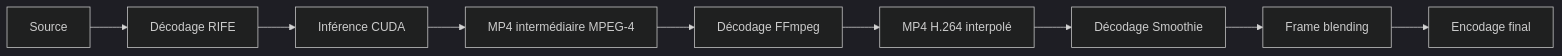
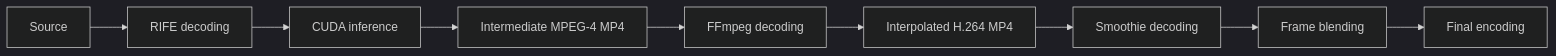
The diagram in docs/AUDIT-QUALITE-PERFORMANCES.md (cia213/cia-app), drawn with Mermaid (dark theme) before and after one commit. The commit also changed other lines of this file and 30 other files, not shown here.

````diff
--- a/docs/AUDIT-QUALITE-PERFORMANCES.md
+++ b/docs/AUDIT-QUALITE-PERFORMANCES.md
@@ -208,11 +208,11 @@
 ```mermaid
 flowchart LR
-    A[Source] --> B[Décodage RIFE]
-    B --> C[Inférence CUDA]
-    C --> D[MP4 intermédiaire MPEG-4]
-    D --> E[Décodage FFmpeg]
-    E --> F[MP4 H.264 interpolé]
-    F --> G[Décodage Smoothie]
+    A[Source] --> B[RIFE decoding]
+    B --> C[CUDA inference]
+    C --> D[Intermediate MPEG-4 MP4]
+    D --> E[FFmpeg decoding]
+    E --> F[Interpolated H.264 MP4]
+    F --> G[Smoothie decoding]
     G --> H[Frame blending]
-    H --> I[Encodage final]
+    H --> I[Final encoding]
 ```
````
